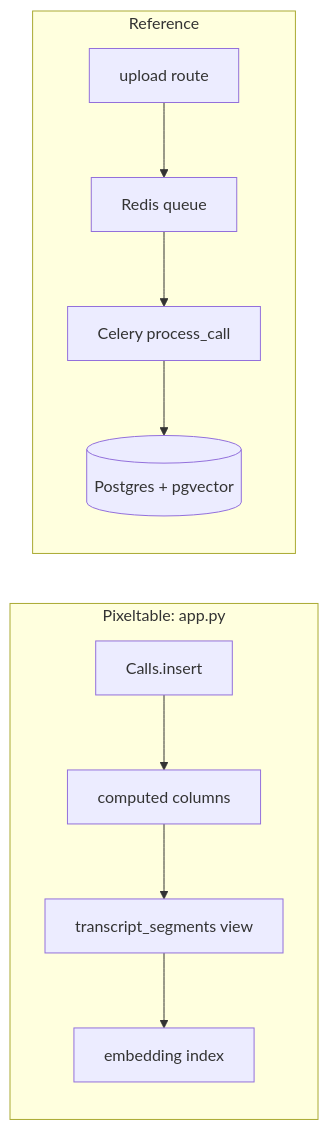
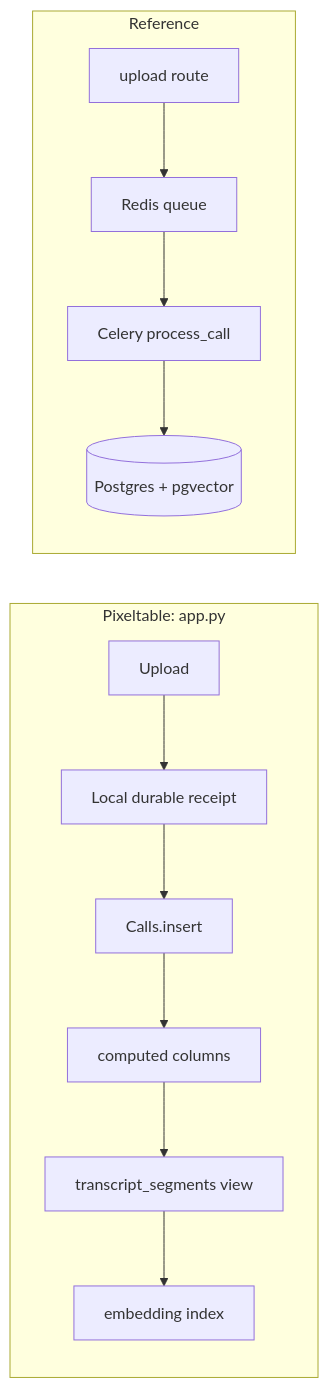
Before and after one commit to pixeltable/showcase-call-intelligence: the diagram in compare/BACKEND_MAPPING.md, drawn with Mermaid. The commit also changed other lines of this file and 43 other files, not shown here.

````diff
--- a/compare/BACKEND_MAPPING.md
+++ b/compare/BACKEND_MAPPING.md
@@ -5,9 +5,9 @@
 ```mermaid
 flowchart LR
   subgraph pxt [Pixeltable: app.py]
-    ins[Calls.insert] --> cols[computed columns] --> view[transcript_segments view] --> idx[embedding index]
+    upload[Upload] --> receipt[Local durable receipt] --> ins[Calls.insert] --> cols[computed columns] --> view[transcript_segments view] --> idx[embedding index]
   end
   subgraph ref [Reference]
     up[upload route] --> q[Redis queue] --> task[Celery process_call] --> pg[(Postgres + pgvector)]
   end
 ```
````
